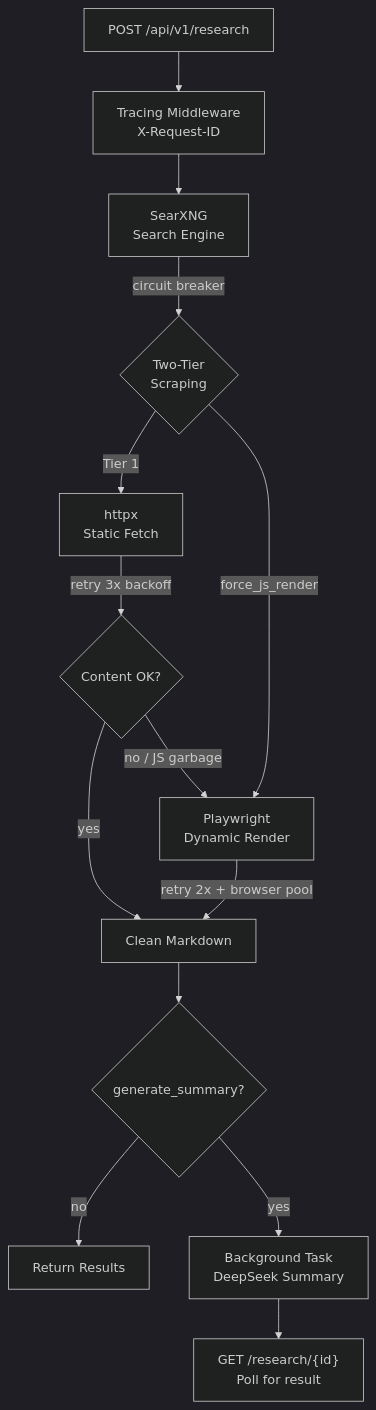
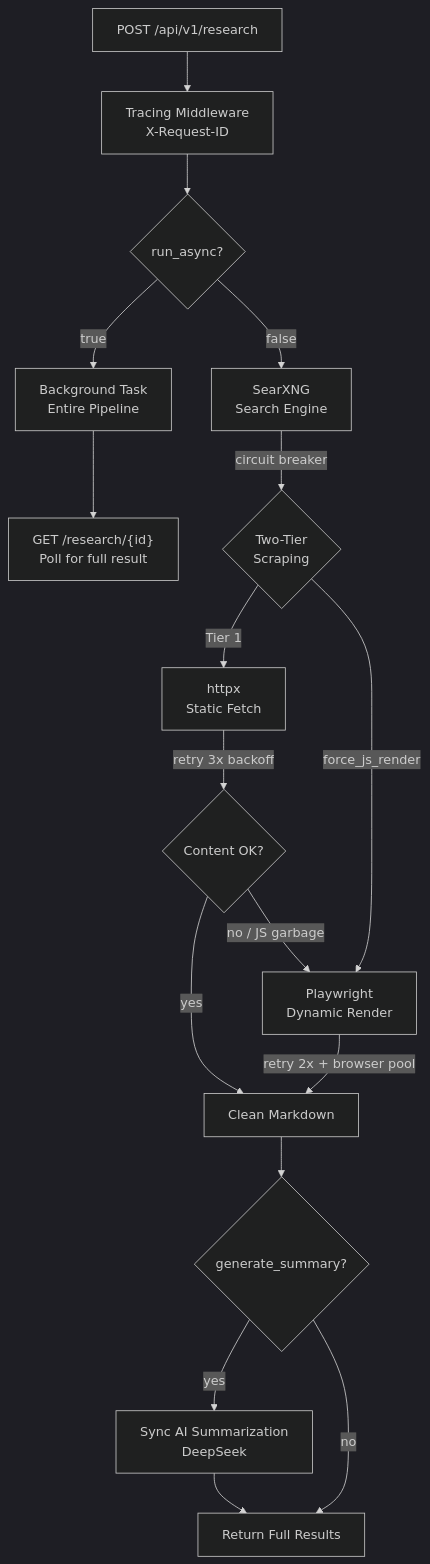
One commit to zeinhasan/CHIPER changed the diagram in README.md. Above: the diagram before and after it, drawn with Mermaid (dark theme). The commit also changed other lines of this file and 7 other files, not shown here.

First line of the commit message:
feat: run_async mode + summarizer truncation + markdownify recursion fix

````diff
--- a/README.md
+++ b/README.md
@@ -13,19 +13,24 @@
 ```mermaid
 flowchart TD
     A[POST /api/v1/research] --> B[Tracing Middleware<br/>X-Request-ID]
-    B --> C[SearXNG<br/>Search Engine]
-    C -->|circuit breaker| D{Two-Tier<br/>Scraping}
+    B --> C{run_async?}
 
-    D -->|Tier 1| E[httpx<br/>Static Fetch]
-    E -->|retry 3x backoff| F{Content OK?}
-    F -->|yes| G[Clean Markdown]
-    F -->|no / JS garbage| H[Tier 2]
-    D -->|force_js_render| H
+    C -->|true| Z[Background Task<br/>Entire Pipeline]
+    Z --> Z1["GET /research/{id}<br/>Poll for full result"]
 
-    H[Playwright<br/>Dynamic Render] -->|retry 2x + browser pool| G
+    C -->|false| D[SearXNG<br/>Search Engine]
+    D -->|circuit breaker| E{Two-Tier<br/>Scraping}
 
-    G --> I{generate_summary?}
-    I -->|no| J[Return Results]
-    I -->|yes| K[Background Task<br/>DeepSeek Summary]
-    K --> L["GET /research/{id}<br/>Poll for result"]
+    E -->|Tier 1| F[httpx<br/>Static Fetch]
+    F -->|retry 3x backoff| G{Content OK?}
+    G -->|yes| H[Clean Markdown]
+    G -->|no / JS garbage| I[Tier 2]
+    E -->|force_js_render| I
+
+    I[Playwright<br/>Dynamic Render] -->|retry 2x + browser pool| H
+
+    H --> J{generate_summary?}
+    J -->|yes| K[Sync AI Summarization<br/>DeepSeek]
+    K --> L[Return Full Results]
+    J -->|no| L
 ```
````
